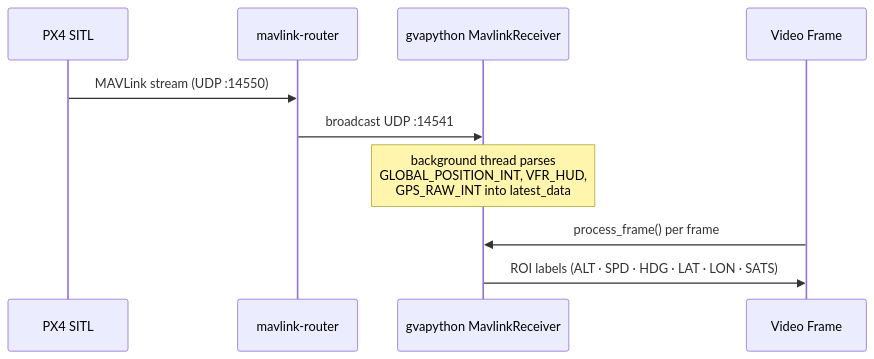
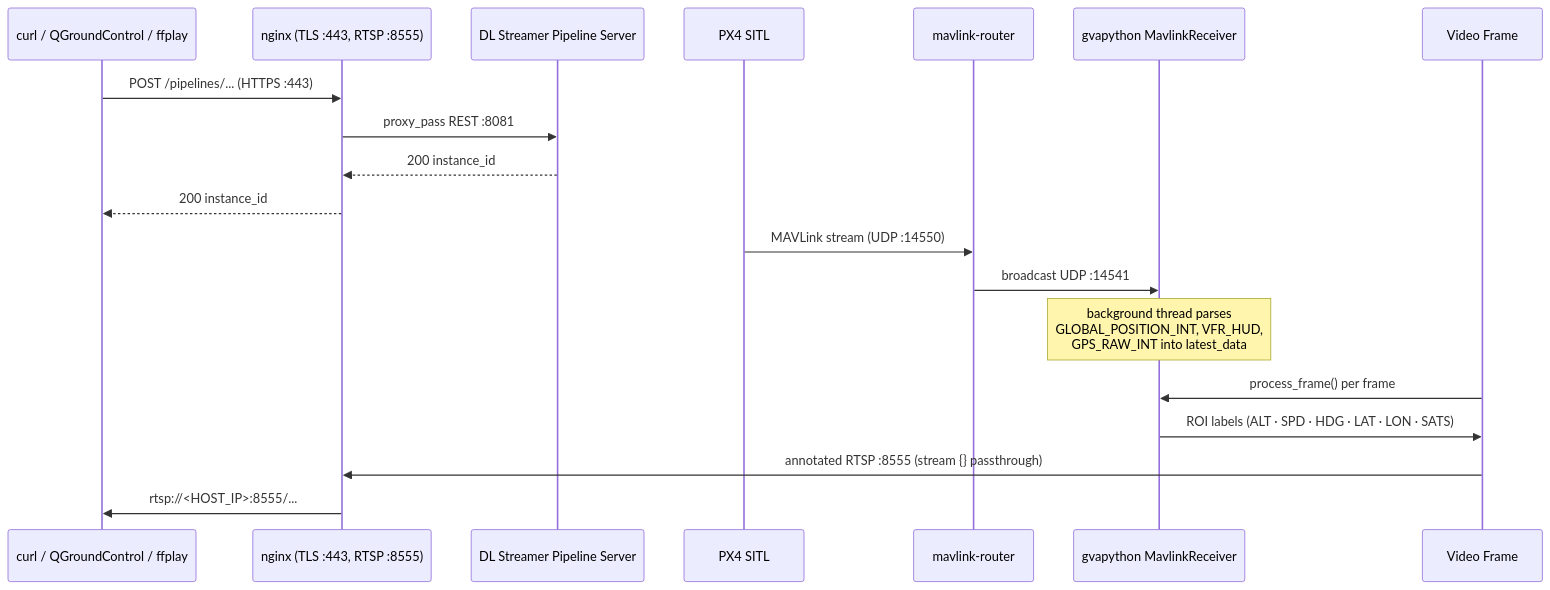
The diagram in uav-vision-analytics/docs/user-guide/get-started/get-started-standalone.md (open-edge-platform/federal-and-aerospace-ai-suite), drawn with Mermaid before and after one commit. The commit also changed other lines of this file and 36 other files, not shown here.

Commit message:
[Fedaero] chore: add nginx as reverse proxy in UAV app (#4458)

````diff
--- a/uav-vision-analytics/docs/user-guide/get-started/get-started-standalone.md
+++ b/uav-vision-analytics/docs/user-guide/get-started/get-started-standalone.md
@@ -18,13 +18,24 @@
 ```mermaid
 sequenceDiagram
+    participant Client as curl / QGroundControl / ffplay
+    participant Nginx as nginx (TLS :443, RTSP :8555)
+    participant DL_Streamer_Pipeline_Server as DL Streamer Pipeline Server
     participant PX4 as PX4 SITL
     participant RTR as mavlink-router
     participant OVL as gvapython MavlinkReceiver
     participant Frame as Video Frame
+
+    Client->>Nginx: POST /pipelines/... (HTTPS :443)
+    Nginx->>DL_Streamer_Pipeline_Server: proxy_pass REST :8081
+    DL_Streamer_Pipeline_Server-->>Nginx: 200 instance_id
+    Nginx-->>Client: 200 instance_id
 
     PX4->>RTR: MAVLink stream (UDP :14550)
     RTR->>OVL: broadcast UDP :14541
     Note over OVL: background thread parses<br/>GLOBAL_POSITION_INT, VFR_HUD,<br/>GPS_RAW_INT into latest_data
     Frame->>OVL: process_frame() per frame
     OVL->>Frame: ROI labels (ALT · SPD · HDG · LAT · LON · SATS)
+
+    Frame->>Nginx: annotated RTSP :8555 (stream {} passthrough)
+    Nginx->>Client: rtsp://<HOST_IP>:8555/...
 ```
````
